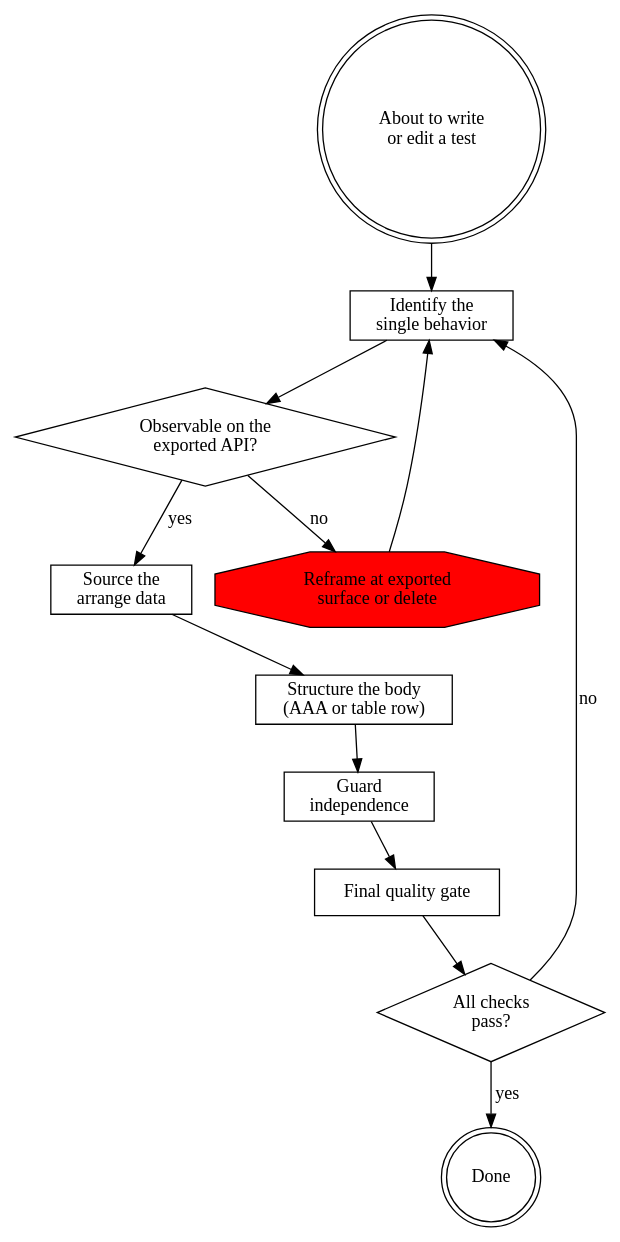
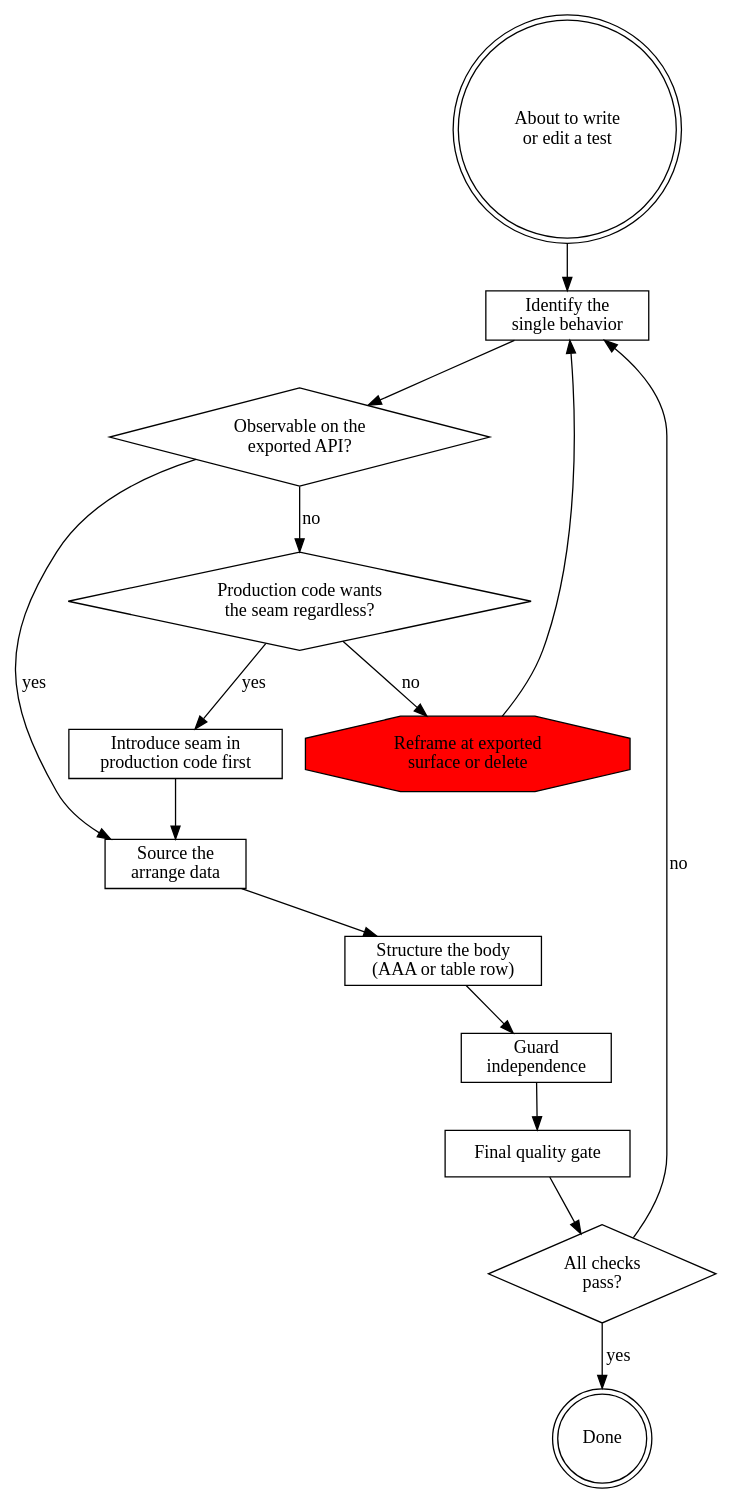
One commit to it-bens/cc-port changed the diagram in .claude/skills/writing-tests/SKILL.md. Above: the diagram before and after it, drawn with Graphviz. The commit also changed other lines of this file and 16 other files, not shown here.

````diff
--- a/.claude/skills/writing-tests/SKILL.md
+++ b/.claude/skills/writing-tests/SKILL.md
@@ -12,26 +12,31 @@
 ```dot
 digraph test_workflow {
     entry [shape=doublecircle, label="About to write\nor edit a test"];
     behavior [shape=box, label="Identify the\nsingle behavior"];
     observable [shape=diamond, label="Observable on the\nexported API?"];
+    seamable [shape=diamond, label="Production code wants\nthe seam regardless?"];
+    introduce_seam [shape=box, label="Introduce seam in\nproduction code first"];
     reframe [shape=octagon, style=filled, fillcolor=red, label="Reframe at exported\nsurface or delete"];
     arrange [shape=box, label="Source the\narrange data"];
     body [shape=box, label="Structure the body\n(AAA or table row)"];
     independence [shape=box, label="Guard\nindependence"];
     gate [shape=box, label="Final quality gate"];
     pass [shape=diamond, label="All checks\npass?"];
     done [shape=doublecircle, label="Done"];
 
     entry -> behavior;
     behavior -> observable;
     observable -> arrange [label="yes"];
-    observable -> reframe [label="no"];
+    observable -> seamable [label="no"];
+    seamable -> introduce_seam [label="yes"];
+    seamable -> reframe [label="no"];
+    introduce_seam -> arrange;
     reframe -> behavior;
     arrange -> body;
     body -> independence;
     independence -> gate;
     gate -> pass;
     pass -> done [label="yes"];
     pass -> behavior [label="no"];
 }
 ```
````
